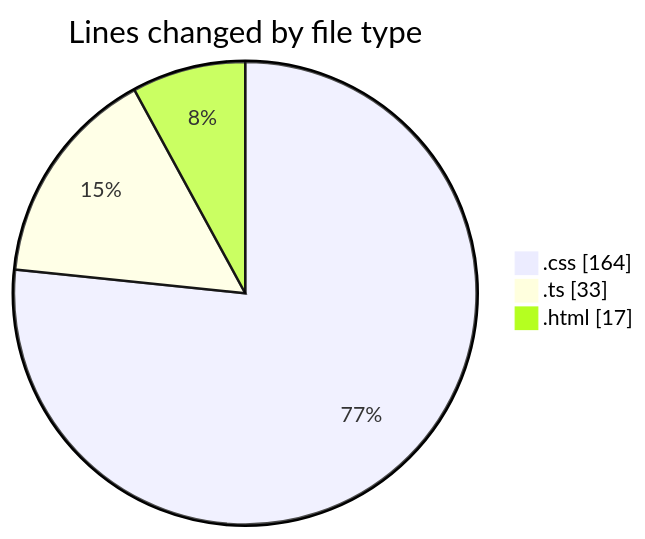
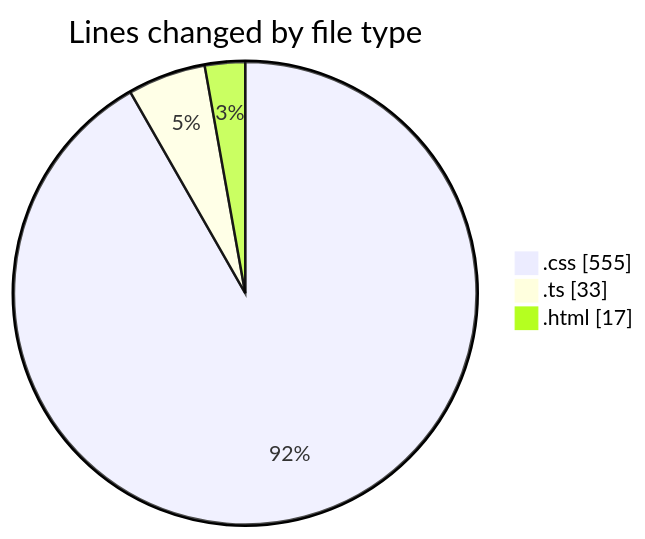
One commit to igalym/code-tracking changed the first of 2 diagrams in 2026-01-06/budget_front_nest/README.md. Above: the diagram before and after it, drawn with Mermaid. The commit also changed other lines of this file and 1 other file, not shown here.

````diff
--- a/2026-01-06/budget_front_nest/README.md
+++ b/2026-01-06/budget_front_nest/README.md
@@ -24,7 +24,7 @@
 ```mermaid
 pie showData
 title Lines changed by file type
-".css" : 164
+".css" : 555
 ".ts" : 33
 ".html" : 17
 ```
````
